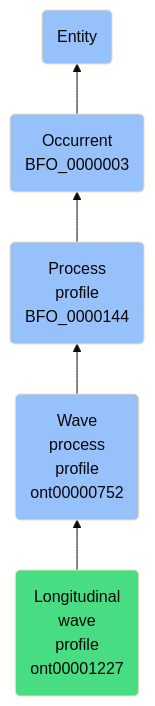
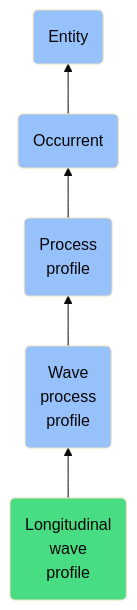
The diagram in docs/ontology/reference/model/Entity/Occurrent/Process profile/Wave process profile/Longitudinal wave profile/Longitudinal wave profile.md (jupyter-naas/abi), drawn with Mermaid (base theme) before and after one commit. The commit also changed other lines of this file and 1430 other files, not shown here.

````diff
--- a/docs/ontology/reference/model/Entity/Occurrent/Process profile/Wave process profile/Longitudinal wave profile/Longitudinal wave profile.md
+++ b/docs/ontology/reference/model/Entity/Occurrent/Process profile/Wave process profile/Longitudinal wave profile/Longitudinal wave profile.md
@@ -25,12 +25,12 @@
 ```mermaid
 graph BT
-    ont00001227(Longitudinal<br>wave<br>profile<br>ont00001227):::ABI-->ont00000752
-    ont00000752(Wave<br>process<br>profile<br>ont00000752):::BFO-->BFO_0000144
-    BFO_0000144(Process<br>profile<br>BFO_0000144):::BFO-->BFO_0000003
-    BFO_0000003(Occurrent<br>BFO_0000003):::BFO-->BFO_0000001
+    ont00001227(Longitudinal<br>wave<br>profile):::ABI-->ont00000752
+    ont00000752(Wave<br>process<br>profile):::BFO-->BFO_0000144
+    BFO_0000144(Process<br>profile):::BFO-->BFO_0000003
+    BFO_0000003(Occurrent):::BFO-->BFO_0000001
     BFO_0000001(Entity):::BFO
     
     classDef BFO fill:#97c1fb,color:#060606
     classDef CCO fill:#e4c51e,color:#060606
     classDef ABI fill:#48DD82,color:#060606
 ```
````
